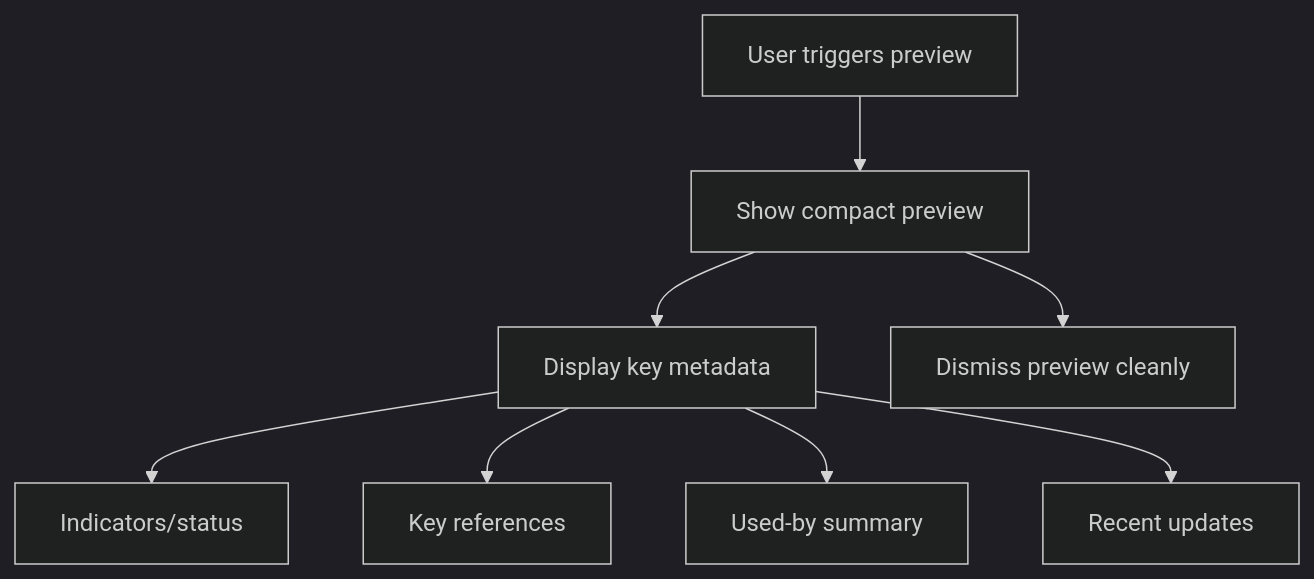
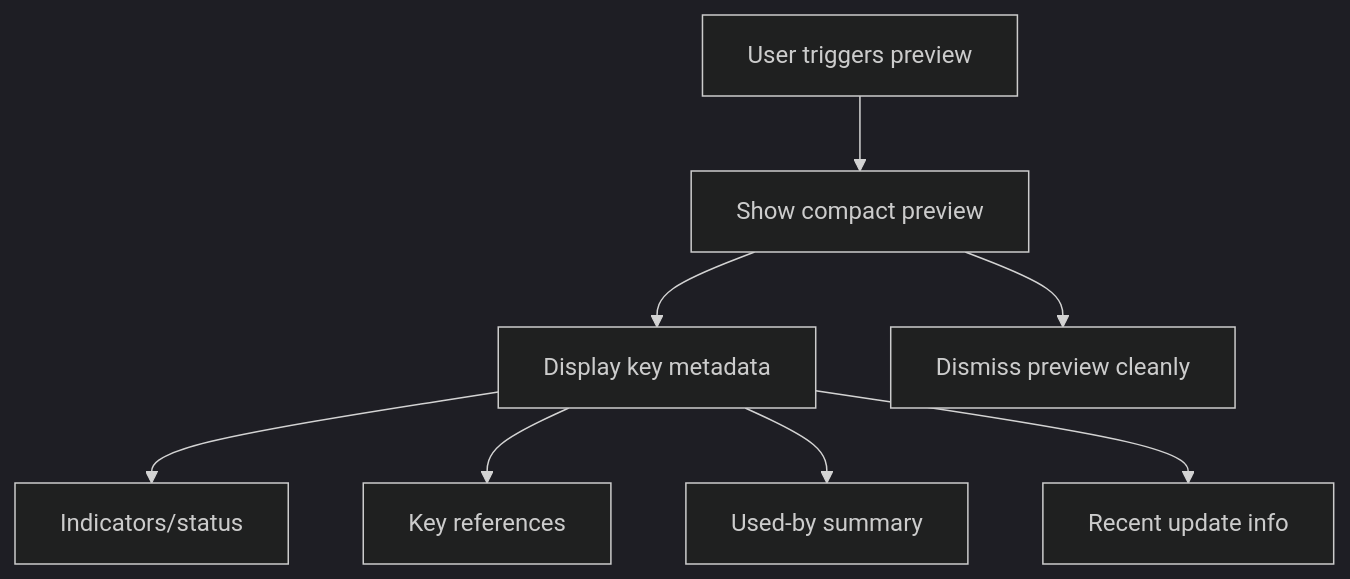
The diagram in logics/request/req_038_add_compact_preview_for_items_in_the_plugin.md (AlexAgo83/logics-manager), drawn with Mermaid (dark theme) before and after one commit. The commit also changed 50 other files, not shown here.

````diff
--- a/logics/request/req_038_add_compact_preview_for_items_in_the_plugin.md
+++ b/logics/request/req_038_add_compact_preview_for_items_in_the_plugin.md
@@ -10,12 +10,12 @@
 ```mermaid
 %% logics-kind: request
 %% logics-signature: request|add-compact-preview-for-items-in-the-plu|let-users-inspect-a-compact-summary|ac1-users-can-trigger-a-compact
 flowchart TD
-    A[User triggers preview] --> B[Show compact preview]
-    B --> C[Display key metadata]
-    C --> D[Indicators/status]
-    C --> E[Key references]
-    C --> F[Used-by summary]
-    C --> G[Recent updates]
-    B --> H[Dismiss preview cleanly]
+  A[User triggers preview] --> B[Show compact preview]
+  B --> C[Display key metadata]
+  C --> D[Indicators/status]
+  C --> E[Key references]
+  C --> F[Used-by summary]
+  C --> G[Recent update info]
+  B --> H[Dismiss preview cleanly]
 ```
````
